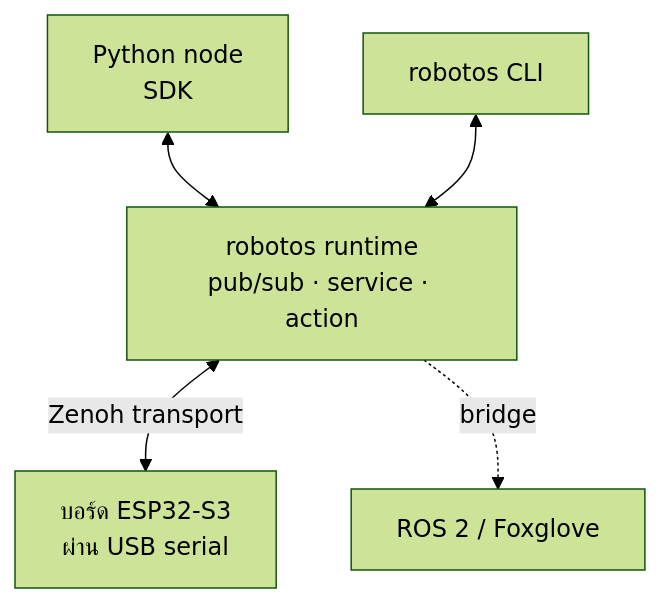
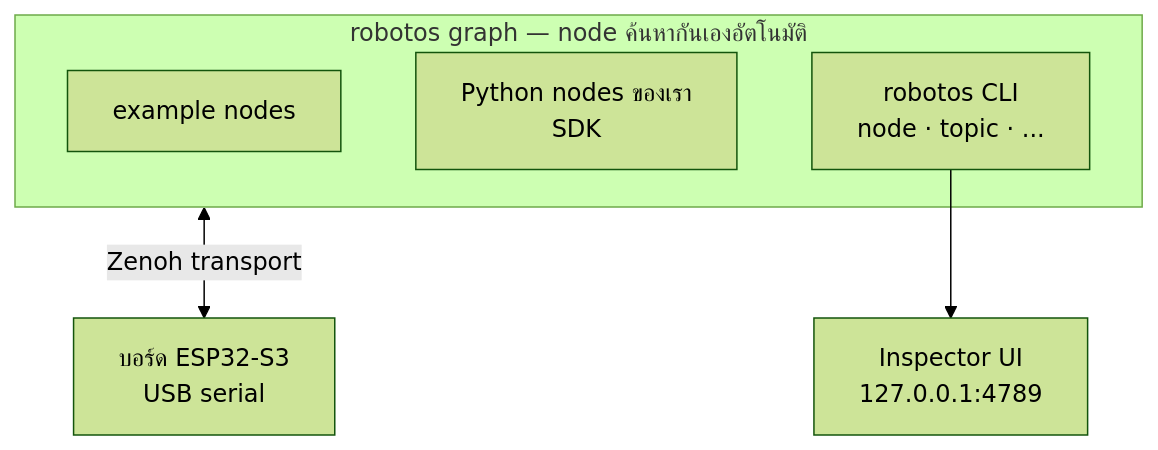
The first of 5 diagrams in nd3/03-robotos-hands-on.md (Taopoon/kmutt-nd69-learning-notes), drawn with Mermaid (forest theme) before and after one commit. The commit also changed other lines of this file, not shown here.

Commit message:
Expand ND3 chapter 3 with robotos code walkthrough

````diff
--- a/nd3/03-robotos-hands-on.md
+++ b/nd3/03-robotos-hands-on.md
@@ -15,8 +40,10 @@
 ```mermaid
 flowchart TB
-    RT[robotos runtime<br/>pub/sub · service · action]
-    PY[Python node<br/>SDK] <--> RT
-    CLI[robotos CLI] <--> RT
-    RT <-->|Zenoh transport| HW[บอร์ด ESP32-S3<br/>ผ่าน USB serial]
-    RT -. bridge .-> ROS[ROS 2 / Foxglove]
+    subgraph G[robotos graph — node ค้นหากันเองอัตโนมัติ]
+        EX[example nodes]
+        PY[Python nodes ของเรา<br/>SDK]
+        CLI[robotos CLI<br/>node · topic · ...]
+    end
+    CLI --> UI[Inspector UI<br/>127.0.0.1:4789]
+    G <-->|Zenoh transport| HW[บอร์ด ESP32-S3<br/>USB serial]
 ```
````
